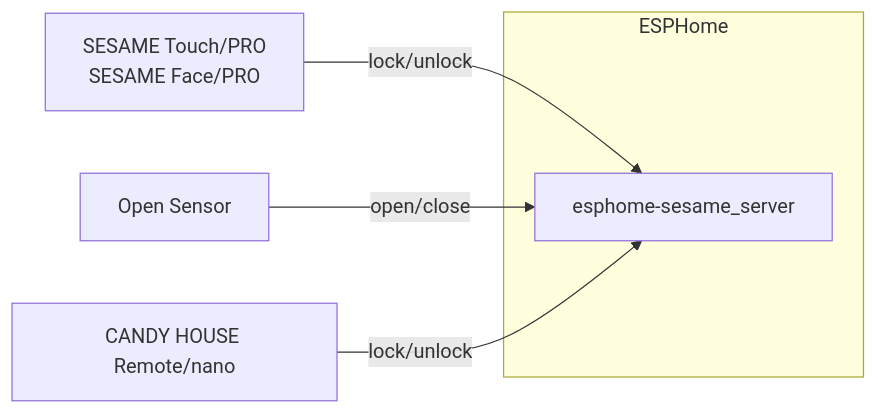
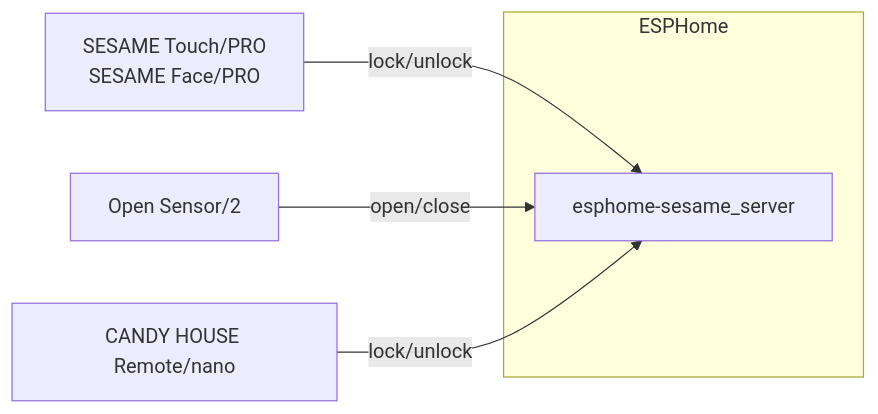
Before and after one commit to homy-newfs8/esphome-sesame_server: the first of 4 diagrams in docs/README.md, drawn with Mermaid. The commit also changed other lines of this file, not shown here.

````diff
--- a/docs/README.md
+++ b/docs/README.md
@@ -5,11 +5,11 @@
 ```mermaid
 graph LR
 
 subgraph ESPHome
   server[esphome-sesame_server]
 end
 
 t[SESAME Touch/PRO<br/>SESAME Face/PRO] -->|lock/unlock| server
-o[Open Sensor] -->|open/close| server
+o[Open Sensor/2] -->|open/close| server
 r[CANDY HOUSE Remote/nano] -->|lock/unlock| server
 ```
````
